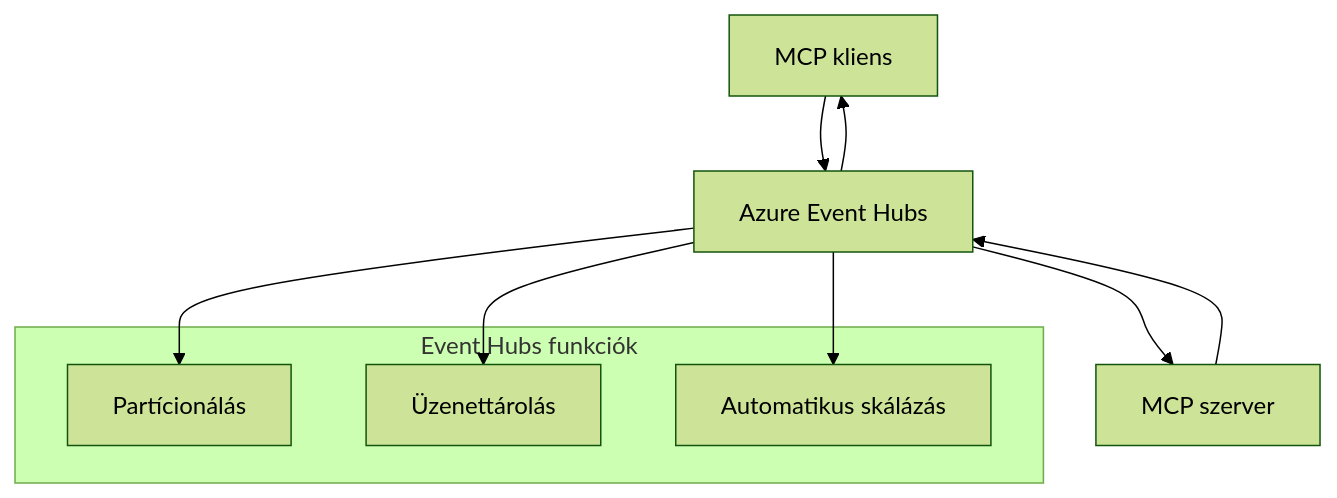
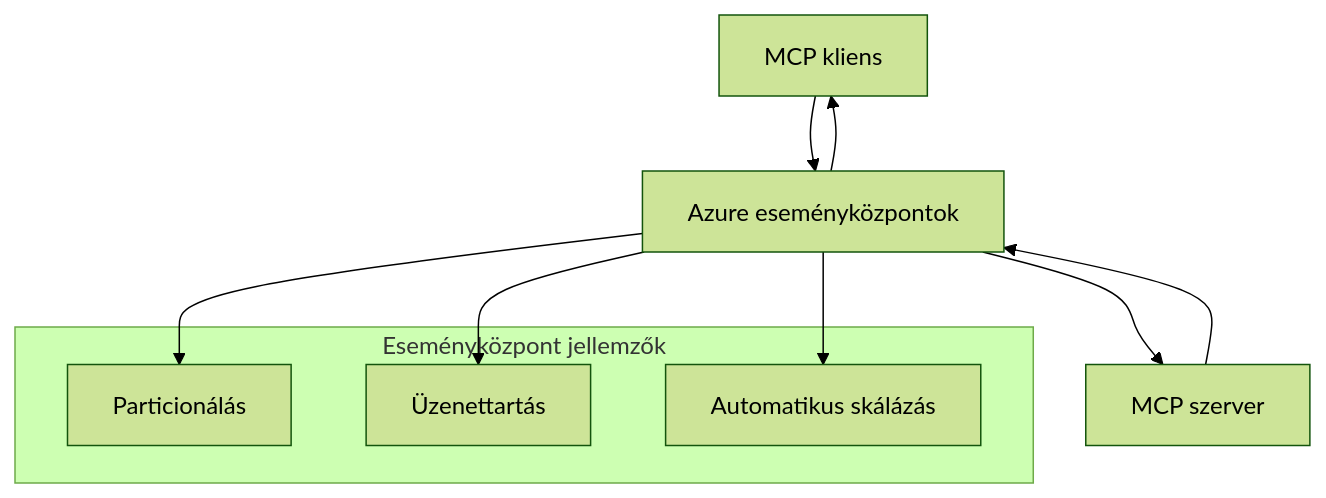
One commit to HIDORAKAI002/ai-workspace-archive changed the second of 2 diagrams in mcp_ecosystem__model_context_protocol/mcp_learning_resources/mcp-for-beginners/translations/hu/05-AdvancedTopics/mcp-transport/README.md. Above: the diagram before and after it, drawn with Mermaid (forest theme). The commit also changed other lines of this file and 1046 other files, not shown here.

````diff
--- a/mcp_ecosystem__model_context_protocol/mcp_learning_resources/mcp-for-beginners/translations/hu/05-AdvancedTopics/mcp-transport/README.md
+++ b/mcp_ecosystem__model_context_protocol/mcp_learning_resources/mcp-for-beginners/translations/hu/05-AdvancedTopics/mcp-transport/README.md
@@ -270,17 +272,17 @@
 ```mermaid
 graph TB
-    Client[MCP kliens] --> EH[Azure Event Hubs]
+    Client[MCP kliens] --> EH[Azure eseményközpontok]
     EH --> Server[MCP szerver]
     Server --> EH
     EH --> Client
     
-    subgraph "Event Hubs funkciók"
-        Partition[Partícionálás]
-        Retention[Üzenettárolás]
+    subgraph "Eseményközpont jellemzők"
+        Partition[Particionálás]
+        Retention[Üzenettartás]
         Scaling[Automatikus skálázás]
     end
     
     EH --> Partition
     EH --> Retention
     EH --> Scaling
 ```
````
